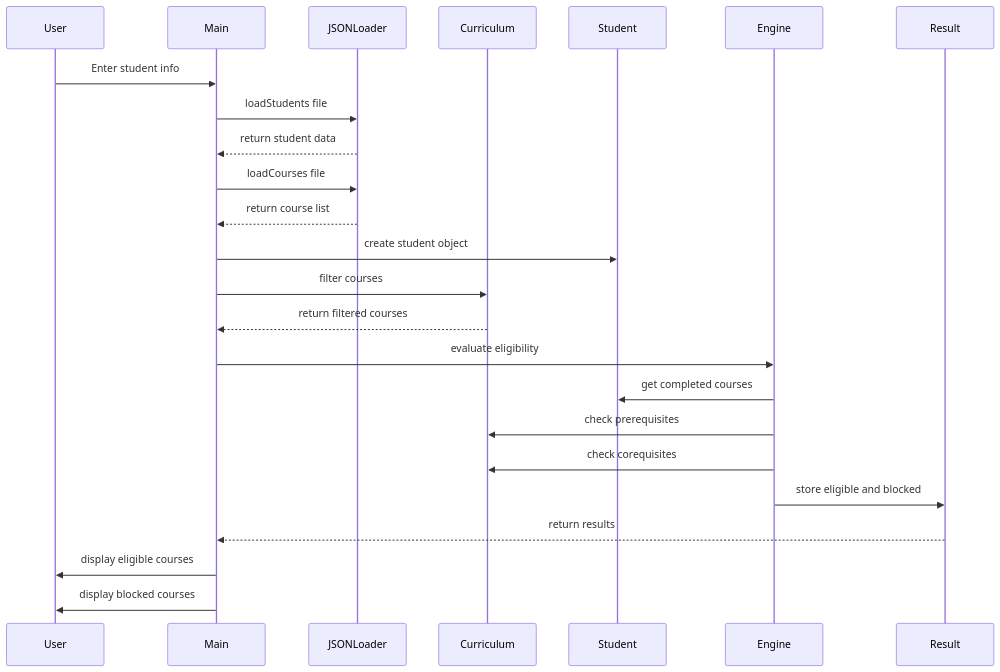
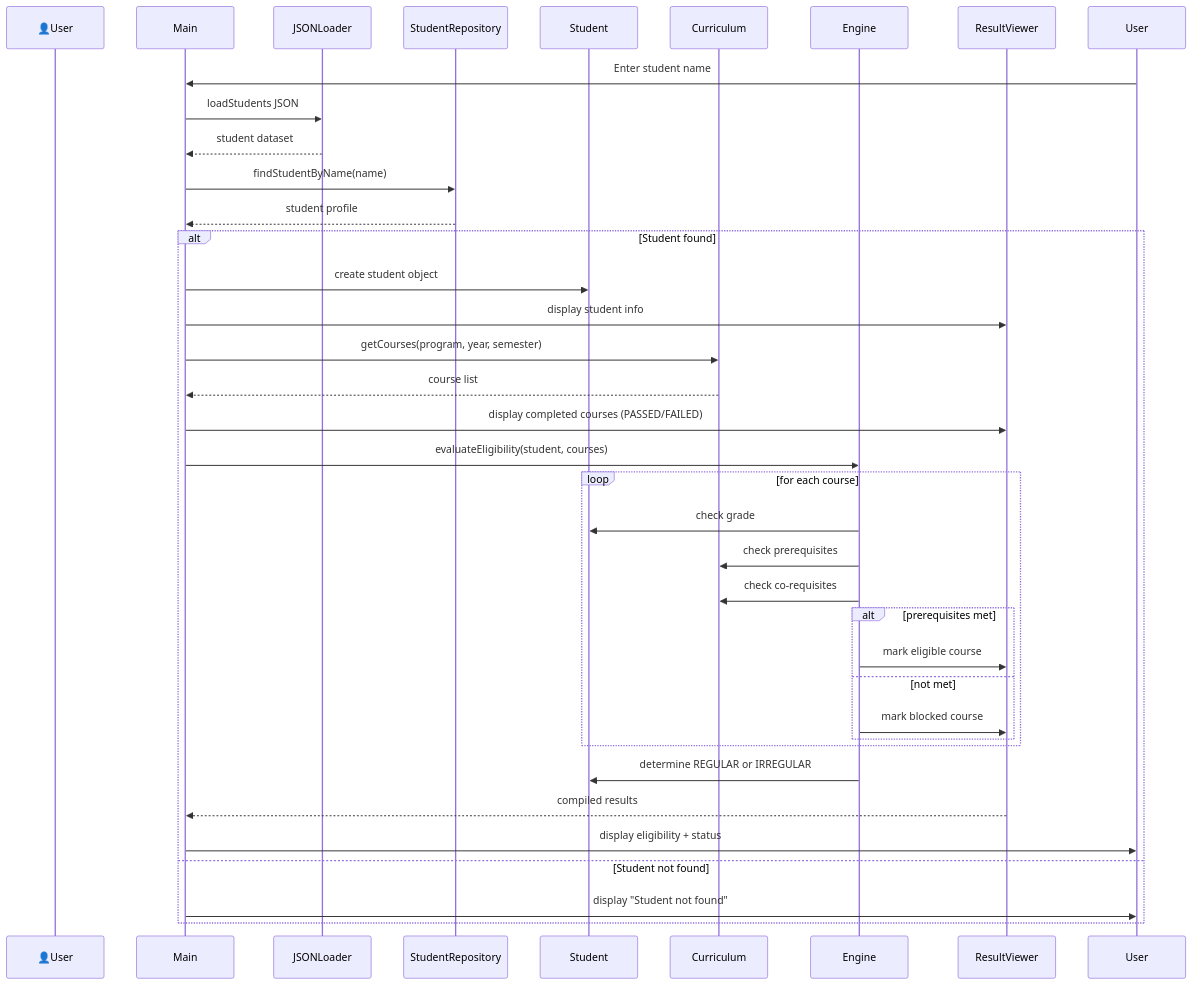
One commit to BSCpE-2-Software-Design/EduNexus changed the second of 2 diagrams in README.md. Above: the diagram before and after it, drawn with Mermaid. The commit also changed other lines of this file, not shown here.

````diff
--- a/README.md
+++ b/README.md
@@ -64,36 +68,61 @@
 ``` mermaid
 sequenceDiagram
 
-participant User
+participant 👤User
 participant Main
 participant JSONLoader
+participant StudentRepository
+participant Student
 participant Curriculum
-participant Student
 participant Engine
-participant Result
+participant ResultViewer
 
-User ->> Main: Enter student info
+%% SEARCH STUDENT
+User ->> Main: Enter student name
 
-Main ->> JSONLoader: loadStudents file
-JSONLoader -->> Main: return student data
+Main ->> JSONLoader: loadStudents JSON
+JSONLoader -->> Main: student dataset
 
-Main ->> JSONLoader: loadCourses file
-JSONLoader -->> Main: return course list
+Main ->> StudentRepository: findStudentByName(name)
+StudentRepository -->> Main: student profile
 
-Main ->> Student: create student object
+alt Student found
 
-Main ->> Curriculum: filter courses
-Curriculum -->> Main: return filtered courses
+    Main ->> Student: create student object
 
-Main ->> Engine: evaluate eligibility
+    %% SHOW INFO
+    Main ->> ResultViewer: display student info
 
-Engine ->> Student: get completed courses
-Engine ->> Curriculum: check prerequisites
-Engine ->> Curriculum: check corequisites
+    %% LOAD CURRICULUM
+    Main ->> Curriculum: getCourses(program, year, semester)
+    Curriculum -->> Main: course list
 
-Engine ->> Result: store eligible and blocked
-Result -->> Main: return results
+    %% SHOW COURSES + GRADES
+    Main ->> ResultViewer: display completed courses (PASSED/FAILED)
 
-Main ->> User: display eligible courses
-Main ->> User: display blocked courses
+    %% EVALUATION PROCESS
+    Main ->> Engine: evaluateEligibility(student, courses)
+
+    loop for each course
+        Engine ->> Student: check grade
+        Engine ->> Curriculum: check prerequisites
+        Engine ->> Curriculum: check co-requisites
+
+        alt prerequisites met
+            Engine ->> ResultViewer: mark eligible course
+        else not met
+            Engine ->> ResultViewer: mark blocked course
+        end
+    end
+
+    %% DETERMINE STATUS
+    Engine ->> Student: determine REGULAR or IRREGULAR
+
+    %% FINAL OUTPUT
+    ResultViewer -->> Main: compiled results
+    Main ->> User: display eligibility + status
+
+else Student not found
+    Main ->> User: display "Student not found"
+end
 ```
````
